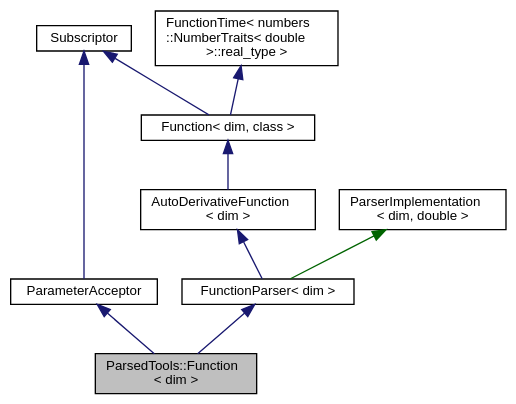
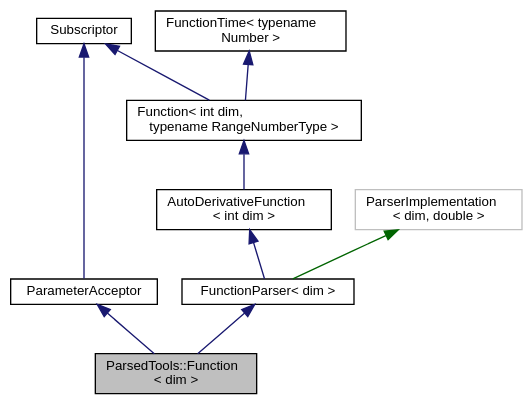
One commit to luca-heltai/fsi-suite changed the diagram in class_parsed_tools_1_1_function__inherit__graph.dot. Above: the diagram before and after it, drawn with Graphviz. The commit also changed 703 other files, not shown here.

```diff
--- a/class_parsed_tools_1_1_function__inherit__graph.dot
+++ b/class_parsed_tools_1_1_function__inherit__graph.dot
@@ -1,23 +1,23 @@
 digraph "ParsedTools::Function&lt; dim &gt;"
 {
  // LATEX_PDF_SIZE
   bgcolor="transparent";
   edge [fontname="Helvetica",fontsize="10",labelfontname="Helvetica",labelfontsize="10"];
   node [fontname="Helvetica",fontsize="10",shape=record];
   Node1 [label="ParsedTools::Function\l\< dim \>",height=0.2,width=0.4,color="black", fillcolor="grey75", style="filled", fontcolor="black",tooltip="A wrapper for the FunctionParser class."];
   Node2 -> Node1 [dir="back",color="midnightblue",fontsize="10",style="solid",fontname="Helvetica"];
   Node2 [label="ParameterAcceptor",height=0.2,width=0.4,color="black",URL="/__w/fsi-suite/fsi-suite/deal.tag$classParameterAcceptor.html",tooltip=" "];
   Node3 -> Node2 [dir="back",color="midnightblue",fontsize="10",style="solid",fontname="Helvetica"];
   Node3 [label="Subscriptor",height=0.2,width=0.4,color="black",URL="/__w/fsi-suite/fsi-suite/deal.tag$classSubscriptor.html",tooltip=" "];
   Node4 -> Node1 [dir="back",color="midnightblue",fontsize="10",style="solid",fontname="Helvetica"];
   Node4 [label="FunctionParser\< dim \>",height=0.2,width=0.4,color="black",URL="/__w/fsi-suite/fsi-suite/deal.tag$classFunctionParser.html",tooltip=" "];
   Node5 -> Node4 [dir="back",color="midnightblue",fontsize="10",style="solid",fontname="Helvetica"];
-  Node5 [label="AutoDerivativeFunction\l\< dim \>",height=0.2,width=0.4,color="black",URL="/__w/fsi-suite/fsi-suite/deal.tag$classAutoDerivativeFunction.html",tooltip=" "];
+  Node5 [label="AutoDerivativeFunction\l\< int dim \>",height=0.2,width=0.4,color="black",URL="/__w/fsi-suite/fsi-suite/deal.tag$classAutoDerivativeFunction.html",tooltip=" "];
   Node6 -> Node5 [dir="back",color="midnightblue",fontsize="10",style="solid",fontname="Helvetica"];
-  Node6 [label="Function\< dim, class \>",height=0.2,width=0.4,color="black",URL="/__w/fsi-suite/fsi-suite/deal.tag$classFunction.html",tooltip=" "];
+  Node6 [label="Function\< int dim,\l typename RangeNumberType \>",height=0.2,width=0.4,color="black",URL="/__w/fsi-suite/fsi-suite/deal.tag$classFunction.html",tooltip=" "];
   Node7 -> Node6 [dir="back",color="midnightblue",fontsize="10",style="solid",fontname="Helvetica"];
-  Node7 [label="FunctionTime\< numbers\l::NumberTraits\< double\l \>::real_type \>",height=0.2,width=0.4,color="black",URL="/__w/fsi-suite/fsi-suite/deal.tag$classFunctionTime.html",tooltip=" "];
+  Node7 [label="FunctionTime\< typename\l Number \>",height=0.2,width=0.4,color="black",URL="/__w/fsi-suite/fsi-suite/deal.tag$classFunctionTime.html",tooltip=" "];
   Node3 -> Node6 [dir="back",color="midnightblue",fontsize="10",style="solid",fontname="Helvetica"];
   Node8 -> Node4 [dir="back",color="darkgreen",fontsize="10",style="solid",fontname="Helvetica"];
-  Node8 [label="ParserImplementation\l\< dim, double \>",height=0.2,width=0.4,color="black",URL="/__w/fsi-suite/fsi-suite/deal.tag$classinternal_1_1FunctionParser_1_1ParserImplementation.html",tooltip=" "];
+  Node8 [label="ParserImplementation\l\< dim, double \>",height=0.2,width=0.4,color="grey75",tooltip=" "];
 }
```
